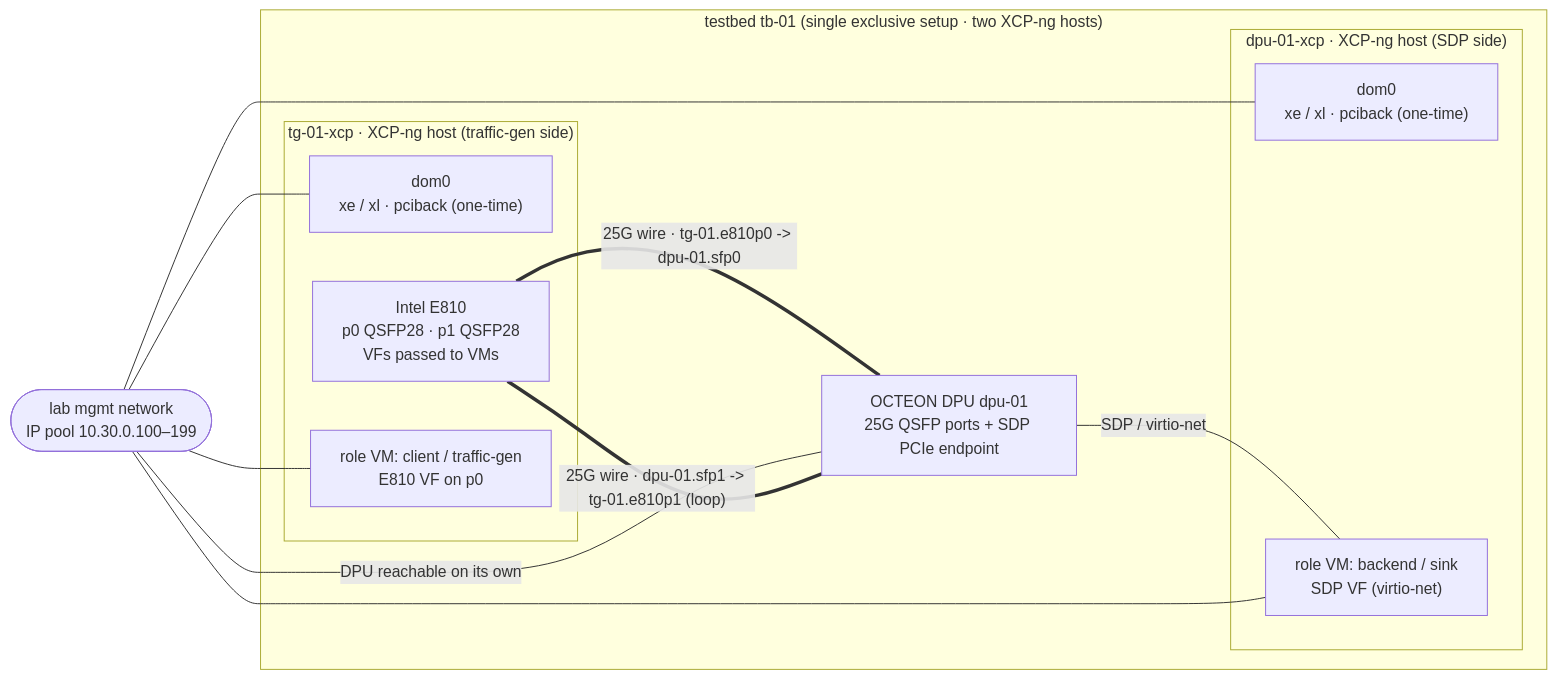
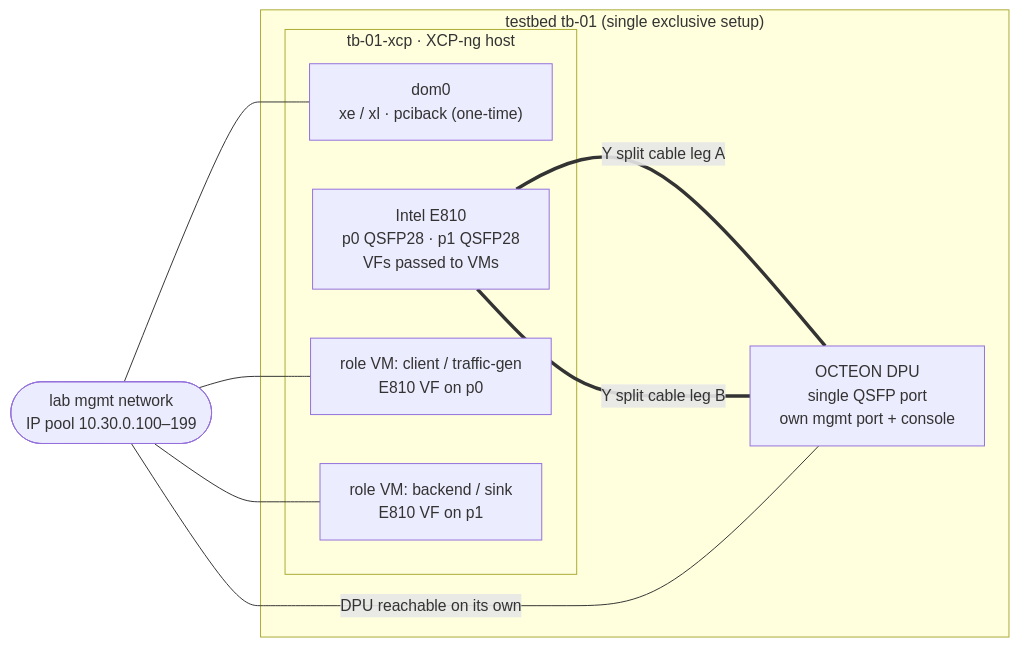
The first of 7 diagrams in plan/09-backend-system-design.md (hrushikesh-sam/dao-lab-selfserve), drawn with Mermaid before and after one commit. The commit also changed other lines of this file and 9 other files, not shown here.

````diff
--- a/plan/09-backend-system-design.md
+++ b/plan/09-backend-system-design.md
@@ -41,24 +41,19 @@
 ```mermaid
 graph LR
-    subgraph TB["testbed tb-01 (single exclusive setup · two XCP-ng hosts)"]
-        subgraph TG["tg-01-xcp · XCP-ng host (traffic-gen side)"]
-            TGDOM0["dom0<br/>xe / xl · pciback (one-time)"]
+    subgraph TB["testbed tb-01 (single exclusive setup)"]
+        subgraph HOST["tb-01-xcp · XCP-ng host"]
+            DOM0["dom0<br/>xe / xl · pciback (one-time)"]
             E810["Intel E810<br/>p0 QSFP28 · p1 QSFP28<br/>VFs passed to VMs"]
             VM1["role VM: client / traffic-gen<br/>E810 VF on p0"]
+            VM2["role VM: backend / sink<br/>E810 VF on p1"]
         end
-        subgraph DX["dpu-01-xcp · XCP-ng host (SDP side)"]
-            DXDOM0["dom0<br/>xe / xl · pciback (one-time)"]
-            VM2["role VM: backend / sink<br/>SDP VF (virtio-net)"]
-        end
-        DPU["OCTEON DPU dpu-01<br/>25G QSFP ports + SDP PCIe endpoint"]
+        DPU["OCTEON DPU<br/>single QSFP port<br/>own mgmt port + console"]
     end
-    E810 ===|"25G wire · tg-01.e810p0 -> dpu-01.sfp0"| DPU
-    DPU ===|"25G wire · dpu-01.sfp1 -> tg-01.e810p1 (loop)"| E810
-    DPU ---|"SDP / virtio-net"| VM2
+    E810 ===|"Y split cable leg A"| DPU
+    E810 ===|"Y split cable leg B"| DPU
     MGMT(["lab mgmt network<br/>IP pool 10.30.0.100–199"])
-    MGMT --- TGDOM0
-    MGMT --- DXDOM0
+    MGMT --- DOM0
     MGMT --- VM1
     MGMT --- VM2
     MGMT ---|"DPU reachable on its own"| DPU
 ```
````
